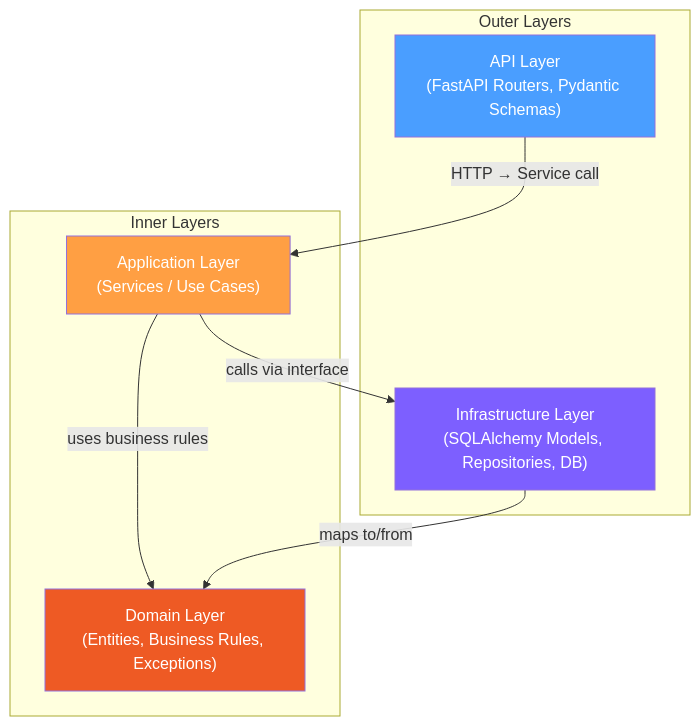
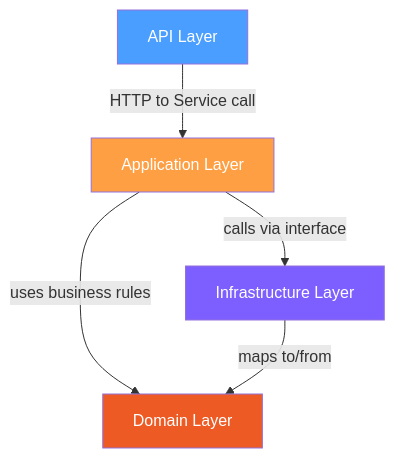
Before and after one commit to dremdem/illuminati: the first of 3 diagrams in docs/architecture.md, drawn with Mermaid. The commit also changed other lines of this file and 2 other files, not shown here.

Commit message:
fix: shorten Mermaid diagram labels to prevent text truncation
Remove <br/> multiline labels and long descriptions from Mermaid nodes.
GitHub renders these in fixed-width boxes that clip long text.
Moved detailed descriptions into companion tables instead.

````diff
--- a/docs/architecture.md
+++ b/docs/architecture.md
@@ -32,22 +32,17 @@
 ```mermaid
 graph TB
-    subgraph "Outer Layers"
-        API["API Layer<br/>(FastAPI Routers, Pydantic Schemas)"]
-        INFRA["Infrastructure Layer<br/>(SQLAlchemy Models, Repositories, DB)"]
-    end
+    API["API Layer"]
+    APP["Application Layer"]
+    DOMAIN["Domain Layer"]
+    INFRA["Infrastructure Layer"]
 
-    subgraph "Inner Layers"
-        APP["Application Layer<br/>(Services / Use Cases)"]
-        DOMAIN["Domain Layer<br/>(Entities, Business Rules, Exceptions)"]
-    end
-
-    API -->|"HTTP → Service call"| APP
+    API -->|"HTTP to Service call"| APP
     APP -->|"uses business rules"| DOMAIN
     APP -->|"calls via interface"| INFRA
     INFRA -->|"maps to/from"| DOMAIN
 
     style DOMAIN fill:#ee5a24,color:#fff
     style APP fill:#ff9f43,color:#fff
     style API fill:#4a9eff,color:#fff
     style INFRA fill:#7d5fff,color:#fff
 ```
````
